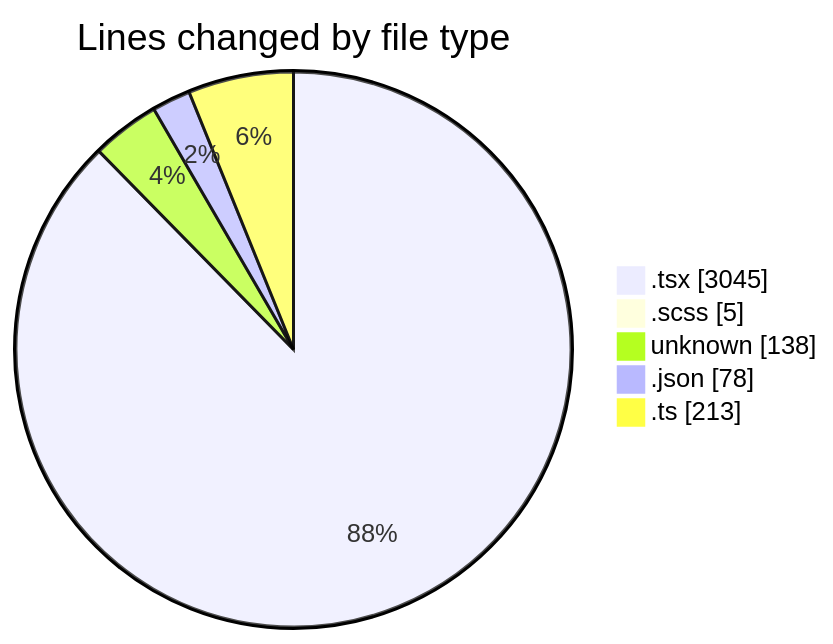
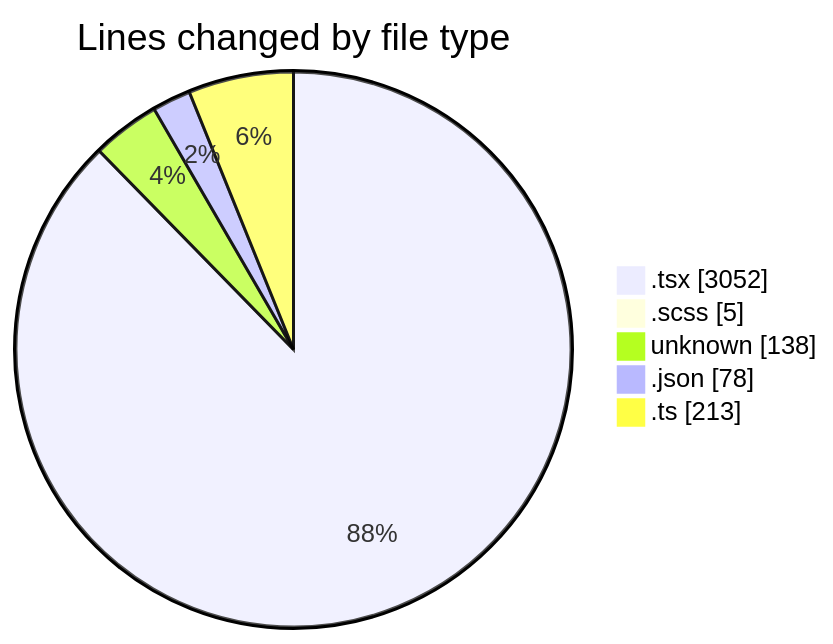
One commit to momahboobian/code-tracking changed the first of 2 diagrams in 2026-10-13/cda/README.md. Above: the diagram before and after it, drawn with Mermaid. The commit also changed other lines of this file and 1 other file, not shown here.

````diff
--- a/2026-10-13/cda/README.md
+++ b/2026-10-13/cda/README.md
@@ -40,9 +40,9 @@
 ```mermaid
 pie showData
 title Lines changed by file type
-".tsx" : 3045
+".tsx" : 3052
 ".scss" : 5
 "unknown" : 138
 ".json" : 78
 ".ts" : 213
 ```
````
